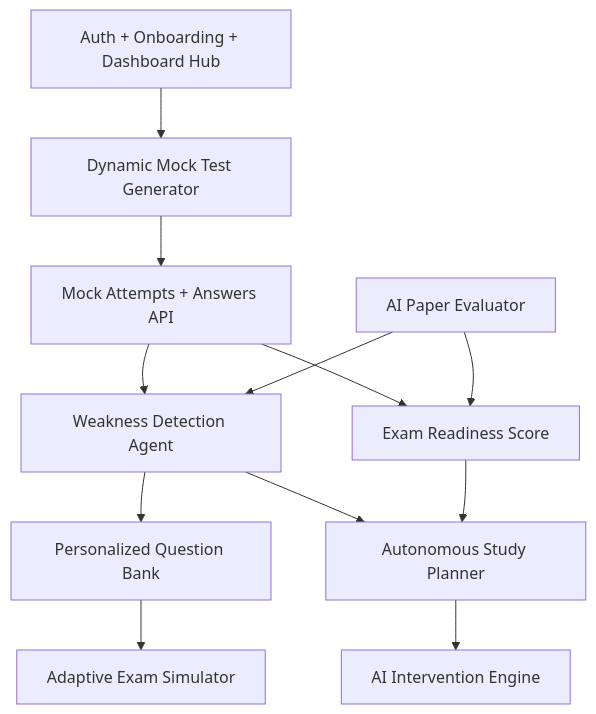
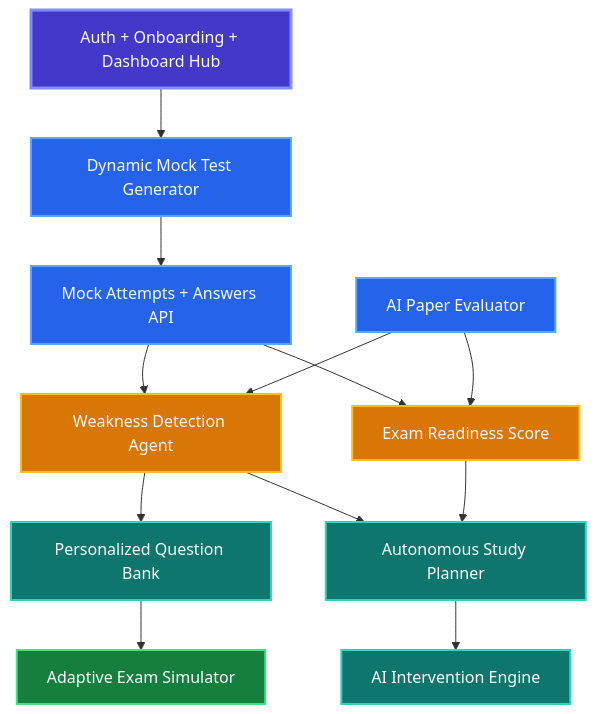
One commit to randomboy24/sutra-ai changed the fifth of 5 diagrams in README.md. Above: the diagram before and after it, drawn with Mermaid. The commit also changed other lines of this file, not shown here.

````diff
--- a/README.md
+++ b/README.md
@@ -602,14 +617,41 @@
 ```mermaid
 flowchart TB
-  Foundation[Auth + Onboarding + Dashboard Hub] --> Mock[Dynamic Mock Test Generator]
-  Mock --> Attempts[Mock Attempts + Answers API]
-  Attempts --> Weakness[Weakness Detection Agent]
-  Attempts --> Readiness[Exam Readiness Score]
-  Weakness --> QuestionBank[Personalized Question Bank]
-  Weakness --> Planner[Autonomous Study Planner]
+  Foundation["Auth + Onboarding + Dashboard Hub"] --> Mock["Dynamic Mock Test Generator"]
+
+  Mock --> Attempts["Mock Attempts + Answers API"]
+
+  Attempts --> Weakness["Weakness Detection Agent"]
+  Attempts --> Readiness["Exam Readiness Score"]
+
+  Weakness --> QuestionBank["Personalized Question Bank"]
+  Weakness --> Planner["Autonomous Study Planner"]
+
   Readiness --> Planner
-  Planner --> Intervention[AI Intervention Engine]
-  QuestionBank --> Adaptive[Adaptive Exam Simulator]
-  Paper[AI Paper Evaluator] --> Weakness
+
+  Planner --> Intervention["AI Intervention Engine"]
+
+  QuestionBank --> Adaptive["Adaptive Exam Simulator"]
+
+  Paper["AI Paper Evaluator"] --> Weakness
   Paper --> Readiness
+
+  classDef foundation fill:#4338CA,stroke:#818CF8,stroke-width:3px,color:#F8FAFC;
+
+  classDef assessment fill:#2563EB,stroke:#60A5FA,stroke-width:2px,color:#F8FAFC;
+
+  classDef analytics fill:#D97706,stroke:#FBBF24,stroke-width:2px,color:#F8FAFC;
+
+  classDef planning fill:#0F766E,stroke:#2DD4BF,stroke-width:2px,color:#F8FAFC;
+
+  classDef adaptive fill:#15803D,stroke:#4ADE80,stroke-width:2px,color:#F8FAFC;
+
+  class Foundation foundation;
+
+  class Mock,Attempts,Paper assessment;
+
+  class Weakness,Readiness analytics;
+
+  class Planner,Intervention,QuestionBank planning;
+
+  class Adaptive adaptive;
 ```
````
